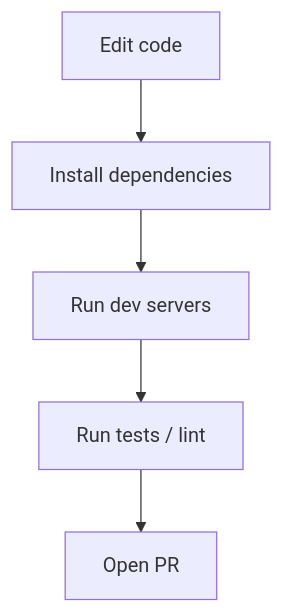
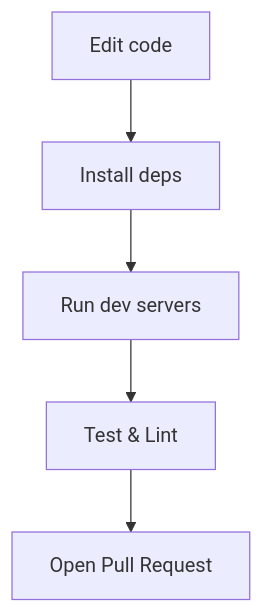
Before and after one commit to Yugenjr/OdooxKAHE: the diagram in docs/development.md, drawn with Mermaid. The commit also changed other lines of this file and 4 other files, not shown here.

````diff
--- a/docs/development.md
+++ b/docs/development.md
@@ -23,7 +18,7 @@
 ```mermaid
 flowchart TD
-  Code[Edit code] --> Install[Install dependencies]
-  Install --> DevRun[Run dev servers]
-  DevRun --> Test[Run tests / lint]
-  Test --> PR[Open PR]
+  Edit[Edit code] --> Install[Install deps]
+  Install --> Dev[Run dev servers]
+  Dev --> Test[Test & Lint]
+  Test --> PR[Open Pull Request]
 ```
````
